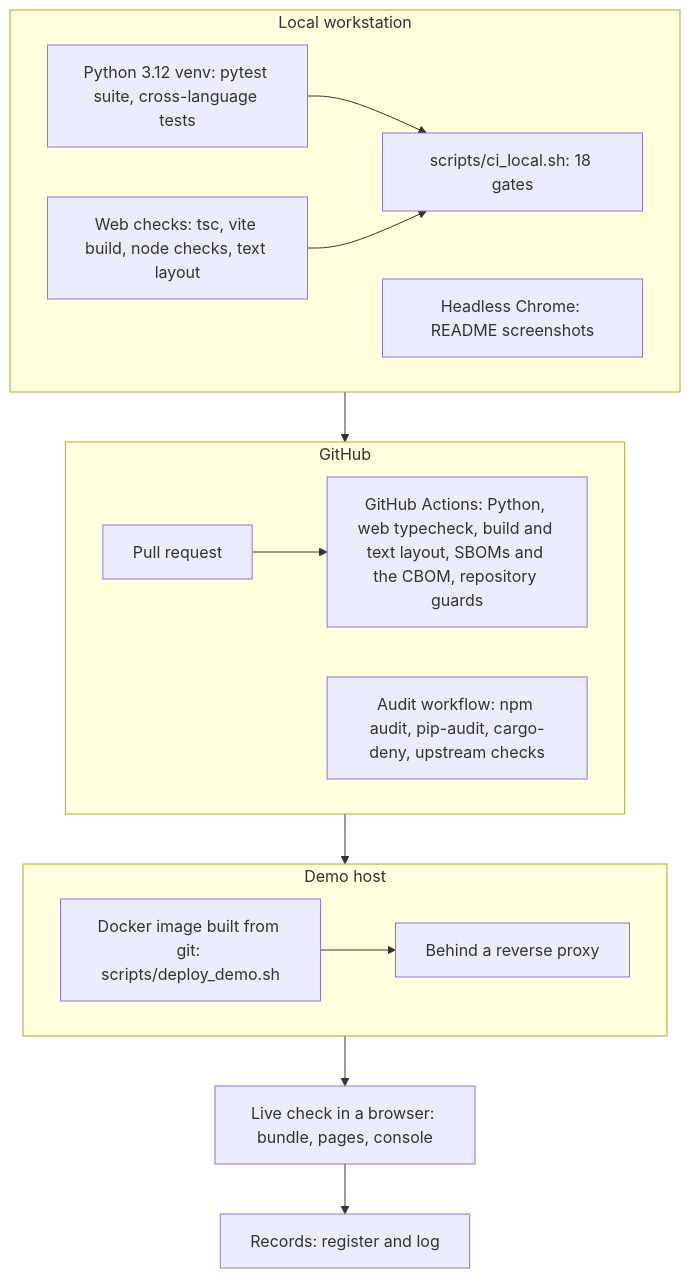
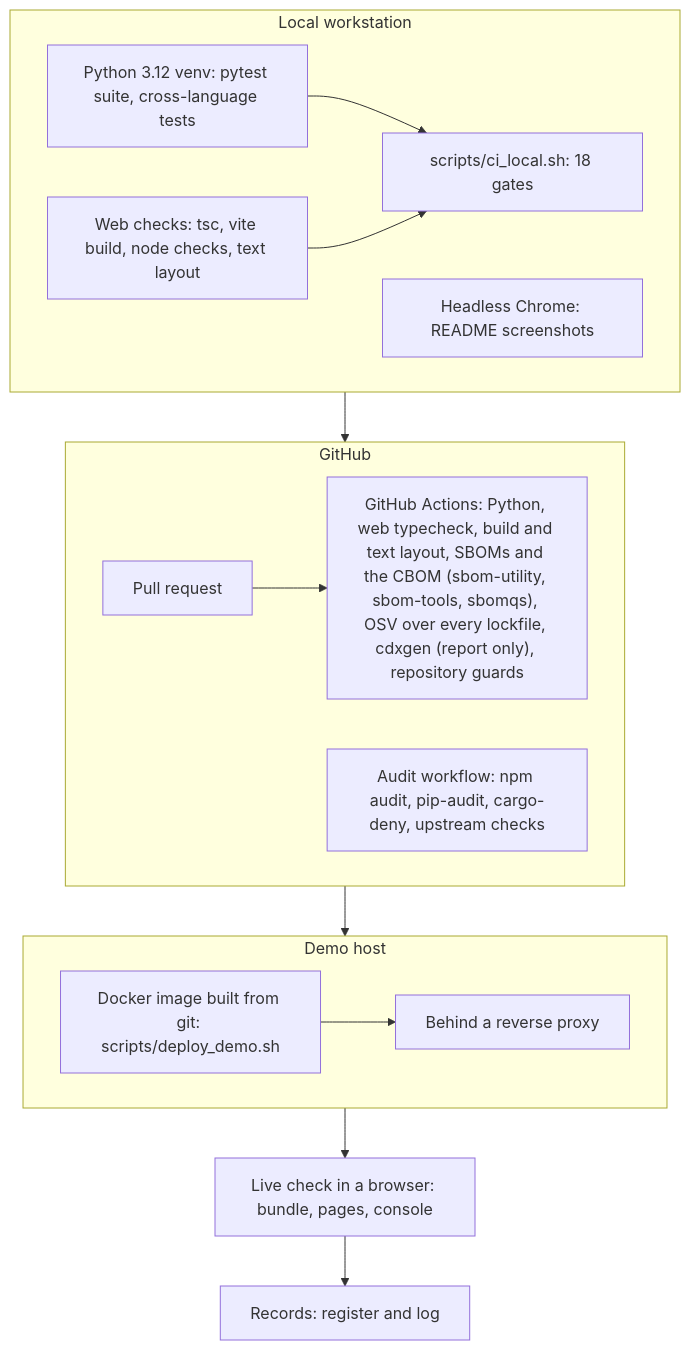
Before and after one commit to Quantum-Daemons/QSMPC-QKD-QHE-AI-Hybrid: diagram 11 of 11 in README.md, drawn with Mermaid.

Commit message:
The README's CI diagram names the SBOM tools, the OSV scan over every lockfile and cdxgen's report

````diff
--- a/README.md
+++ b/README.md
@@ -425,20 +425,20 @@
 ```mermaid
 flowchart TB
   subgraph LOC["Local workstation"]
     direction LR
     PY["Python 3.12 venv: pytest suite, cross-language tests"] --> CL["scripts/ci_local.sh: 18 gates"]
     WEB["Web checks: tsc, vite build, node checks, text layout"] --> CL
     SHOT["Headless Chrome: README screenshots"]
   end
   subgraph GH["GitHub"]
     direction LR
-    PR["Pull request"] --> ACT["GitHub Actions: Python, web typecheck, build and text layout, SBOMs and the CBOM, repository guards"]
+    PR["Pull request"] --> ACT["GitHub Actions: Python, web typecheck, build and text layout, SBOMs and the CBOM (sbom-utility, sbom-tools, sbomqs), OSV over every lockfile, cdxgen (report only), repository guards"]
     AUD["Audit workflow: npm audit, pip-audit, cargo-deny, upstream checks"]
   end
   subgraph DEMO["Demo host"]
     direction LR
     DOCK["Docker image built from git: scripts/deploy_demo.sh"] --> PROXY["Behind a reverse proxy"]
   end
   LIVE["Live check in a browser: bundle, pages, console"] --> REC["Records: register and log"]
   LOC --> GH --> DEMO --> LIVE
 ```
````
